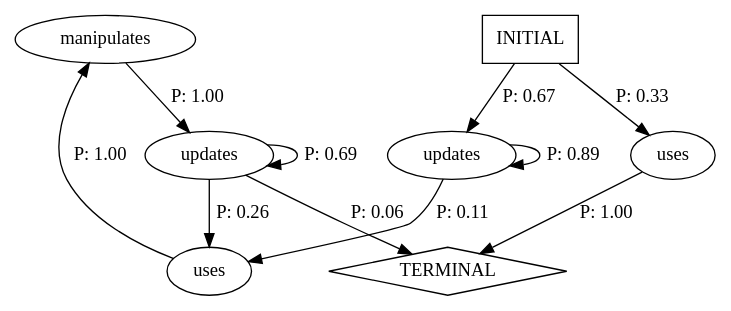
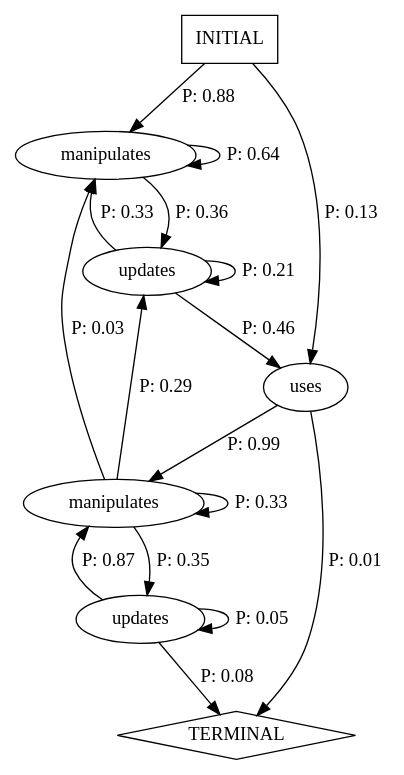
The diagram in tictactoe-v01/rowGameApp-arch.dot (pujthej/cs520_v01), drawn with Graphviz before and after one commit. The commit also changed 12 other files, not shown here.

```diff
--- a/tictactoe-v01/rowGameApp-arch.dot
+++ b/tictactoe-v01/rowGameApp-arch.dot
@@ -1,19 +1,25 @@
 digraph G {
   0 [label="manipulates"];
-  1 [label="updates"];
+  1 [label="manipulates"];
   2 [label="updates"];
-  3 [label="uses"];
+  3 [label="updates"];
   4 [label="uses"];
   5 [label="TERMINAL",shape=diamond];
   6 [label="INITIAL",shape=box];
-0->2 [label="P: 1.00"];
-1->1 [label="P: 0.89"];
-1->3 [label="P: 0.11"];
-2->2 [label="P: 0.69"];
-2->3 [label="P: 0.26"];
-2->5 [label="P: 0.06"];
-3->0 [label="P: 1.00"];
-4->5 [label="P: 1.00"];
-6->1 [label="P: 0.67"];
-6->4 [label="P: 0.33"];
+0->0 [label="P: 0.64"];
+0->2 [label="P: 0.36"];
+1->0 [label="P: 0.03"];
+1->1 [label="P: 0.33"];
+1->2 [label="P: 0.29"];
+1->3 [label="P: 0.35"];
+2->0 [label="P: 0.33"];
+2->2 [label="P: 0.21"];
+2->4 [label="P: 0.46"];
+3->1 [label="P: 0.87"];
+3->3 [label="P: 0.05"];
+3->5 [label="P: 0.08"];
+4->1 [label="P: 0.99"];
+4->5 [label="P: 0.01"];
+6->0 [label="P: 0.88"];
+6->4 [label="P: 0.13"];
 }
```
